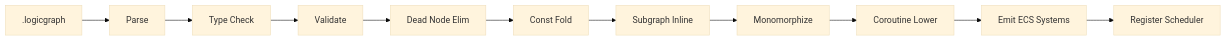
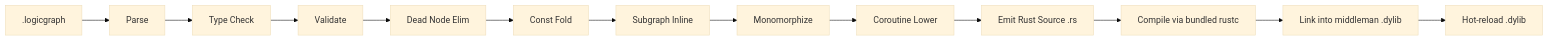
The second of 4 diagrams in docs/design/tools/visual-editors.md (harmonius-dev/harmonius), drawn with Mermaid (base theme) before and after one commit. The commit also changed other lines of this file and 174 other files, not shown here.

````diff
--- a/docs/design/tools/visual-editors.md
+++ b/docs/design/tools/visual-editors.md
@@ -250,13 +299,15 @@
 ```mermaid
 flowchart LR
     A[.logicgraph] --> B[Parse]
     B --> C[Type Check]
     C --> D[Validate]
     D --> E[Dead Node Elim]
     E --> F[Const Fold]
     F --> G[Subgraph Inline]
     G --> H[Monomorphize]
     H --> I[Coroutine Lower]
-    I --> J[Emit ECS Systems]
-    J --> K[Register Scheduler]
+    I --> J[Emit Rust Source .rs]
+    J --> K[Compile via bundled rustc]
+    K --> L[Link into middleman .dylib]
+    L --> M[Hot-reload .dylib]
 ```
````
